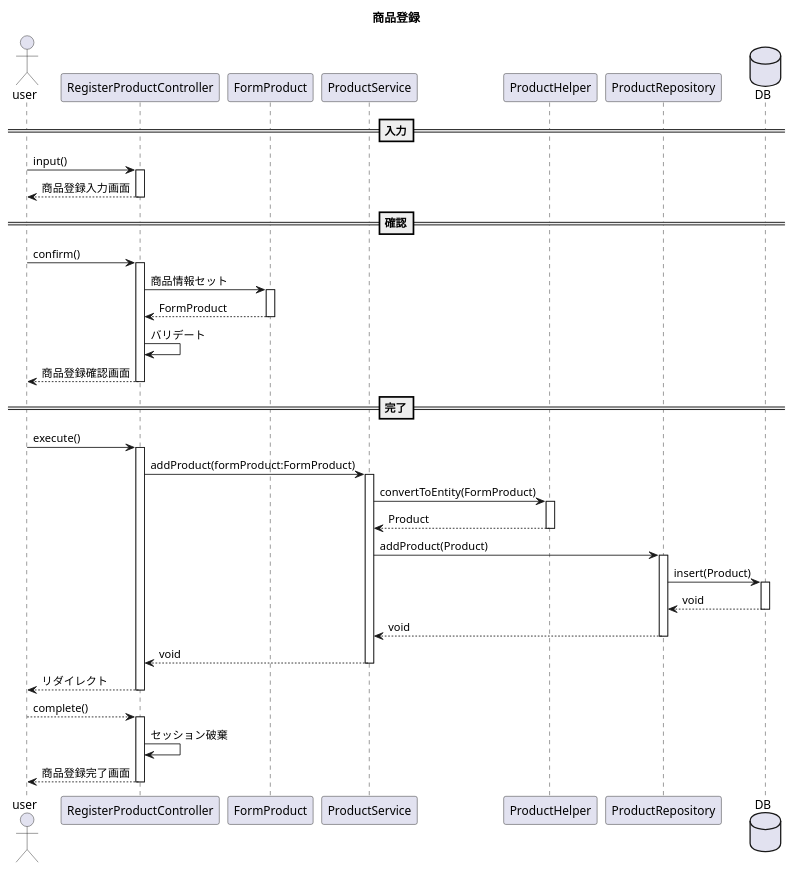
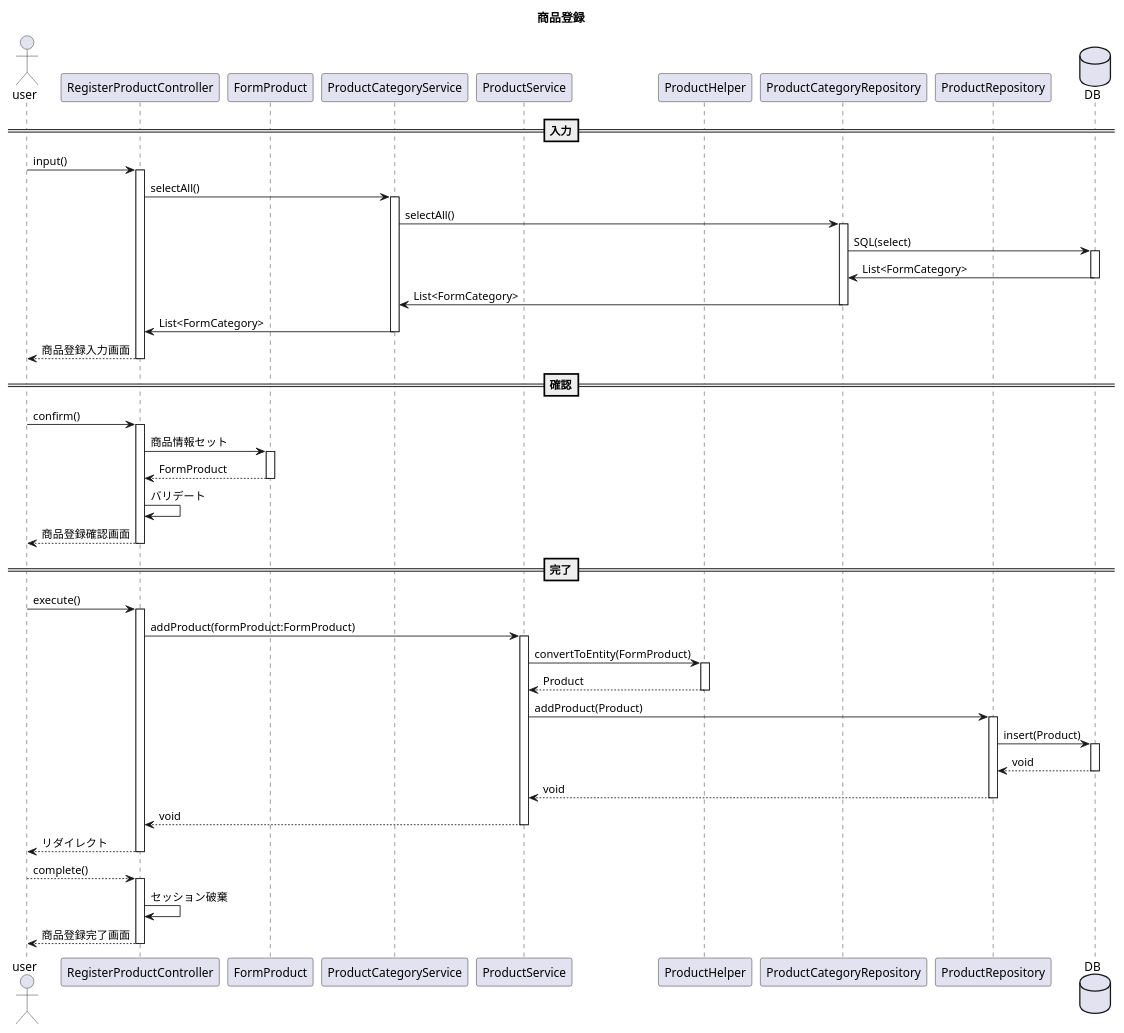
The diagram in plan/uml/sequence/uc010.plantuml (kanavii3333/ec-b), drawn with PlantUML before and after one commit. The commit also changed 1 other file, not shown here.

Commit message:
uc010.plantuml　修正

```diff
--- a/plan/uml/sequence/uc010.plantuml
+++ b/plan/uml/sequence/uc010.plantuml
@@ -1,35 +1,43 @@
 @startuml
 title 商品登録
 actor user
 participant RegisterProductController as Controller
 participant FormProduct as Form
+participant ProductCategoryService as Service1
 participant ProductService as Service
 participant ProductHelper as Helper
+participant ProductCategoryRepository as Repository1
 participant ProductRepository as Repository
 database DB
 
 ==入力==
 user -> Controller++:input()
+Controller -> Service1++:selectAll()
+Service1 -> Repository1++:selectAll()
+Repository1 -> DB++:SQL(select)
+DB -> Repository1 --:List<FormCategory>
+Repository1 -> Service1--:List<FormCategory>
+Service1 -> Controller--:List<FormCategory>
 user <-- Controller--:商品登録入力画面
 ==確認==
 user -> Controller++:confirm()
 Controller -> Form++:商品情報セット
 Controller <-- Form--:FormProduct
 Controller -> Controller:バリデート
 user <-- Controller--:商品登録確認画面
 ==完了==
 user -> Controller++:execute()
 Controller -> Service++:addProduct(formProduct:FormProduct)
 Service -> Helper++:convertToEntity(FormProduct)
 Service <-- Helper--:Product
 Service -> Repository++:addProduct(Product)
 Repository -> DB++:insert(Product)
 Repository <-- DB--:void
 Service <-- Repository--:void
 Controller <-- Service--:void
 user <-- Controller--:リダイレクト
 user --> Controller++:complete()
 Controller -> Controller:セッション破棄
 user <-- Controller--:商品登録完了画面
 
 @enduml
```
